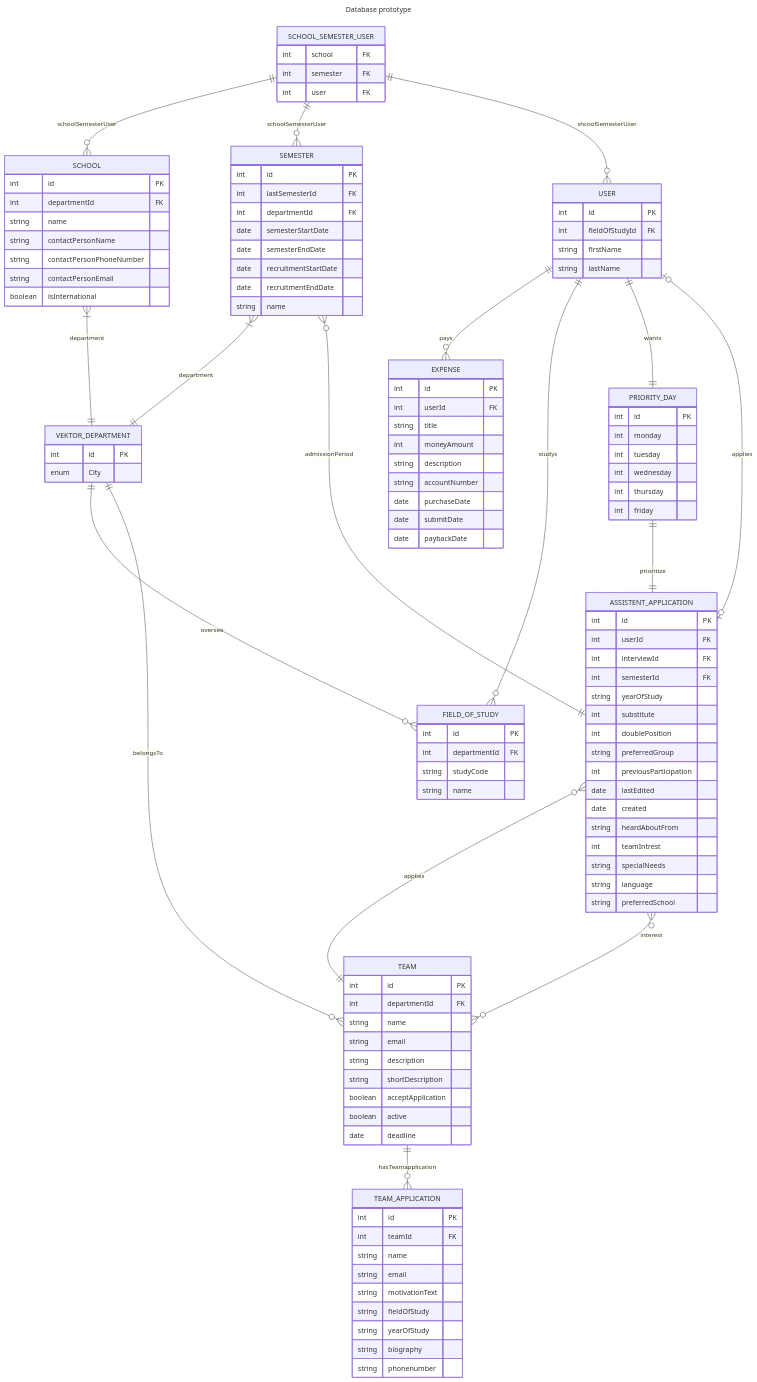
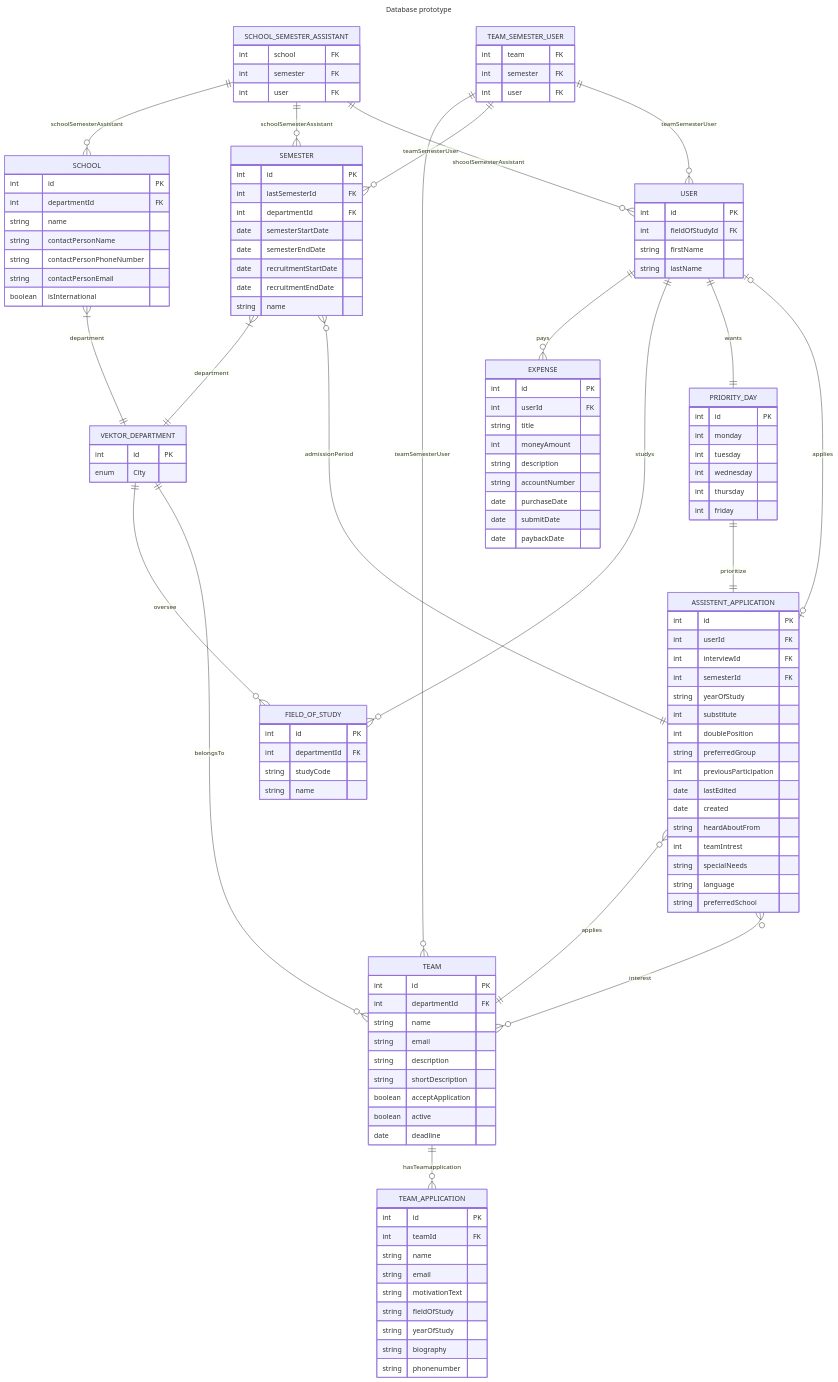
Before and after one commit to vektorprogrammet/api: the diagram in database-diagram.md, drawn with Mermaid. The commit also changed 4 other files, not shown here.

````diff
--- a/database-diagram.md
+++ b/database-diagram.md
@@ -99,8 +99,13 @@
         string contactPersonEmail
         boolean isInternational
     }
-    SCHOOL_SEMESTER_USER{
+    SCHOOL_SEMESTER_ASSISTANT{
         int school FK
+        int semester FK
+        int user FK
+    }
+    TEAM_SEMESTER_USER{
+        int team FK
         int semester FK
         int user FK
     }
@@ -117,7 +122,10 @@
     SEMESTER }|--|| VEKTOR_DEPARTMENT : department
     SCHOOL }|--|| VEKTOR_DEPARTMENT : department
     SEMESTER }o--|| ASSISTENT_APPLICATION : admissionPeriod
-    SCHOOL_SEMESTER_USER ||--o{ SCHOOL : schoolSemesterUser
-    SCHOOL_SEMESTER_USER ||--o{ SEMESTER : schoolSemesterUser    
-    SCHOOL_SEMESTER_USER ||--o{ USER : shcoolSemesterUser
+    SCHOOL_SEMESTER_ASSISTANT ||--o{ SCHOOL : schoolSemesterAssistant
+    SCHOOL_SEMESTER_ASSISTANT ||--o{ SEMESTER : schoolSemesterAssistant
+    SCHOOL_SEMESTER_ASSISTANT ||--o{ USER : shcoolSemesterAssistant
+    TEAM_SEMESTER_USER ||--o{ TEAM : teamSemesterUser
+    TEAM_SEMESTER_USER ||--o{ SEMESTER : teamSemesterUser    
+    TEAM_SEMESTER_USER ||--o{ USER : teamSemesterUser
 ```
````
